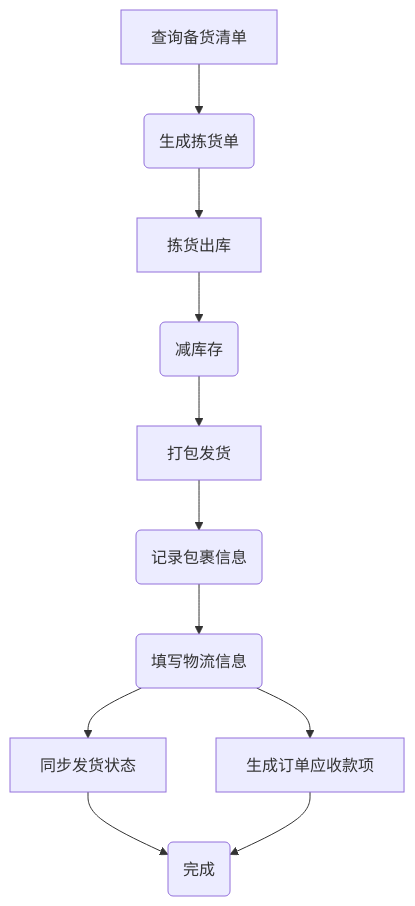
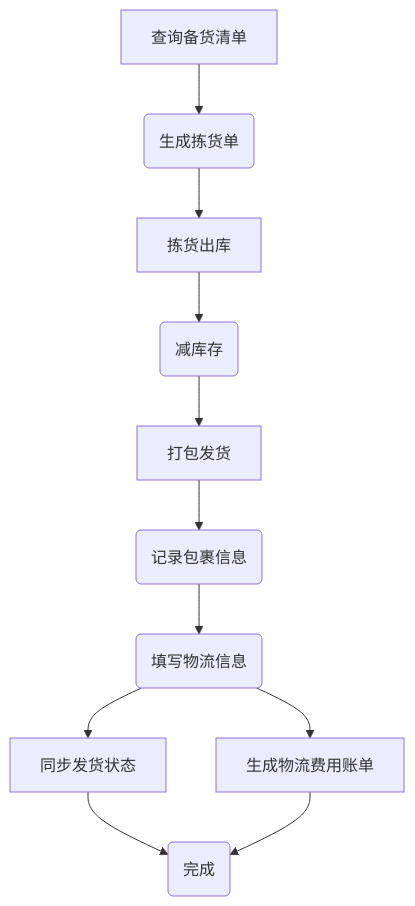
One commit to zeasin/qihangerp changed the fourth of 7 diagrams in README.md. Above: the diagram before and after it, drawn with Mermaid. The commit also changed other lines of this file, not shown here.

````diff
--- a/README.md
+++ b/README.md
@@ -105,14 +105,14 @@
 ```mermaid
 graph TD
 A[查询备货清单] -->B(生成拣货单)
     B --> C[拣货出库]
     C --> E(减库存)
     E --> F[打包发货]
     F --> F1(记录包裹信息)
     F1 --> G(填写物流信息)
     G --> G1[同步发货状态]
     G1 --> H(完成)
-    G --> G2[生成订单应收款项]
+    G --> G2[生成物流费用账单]
     G2 --> H
 
 ```
````
